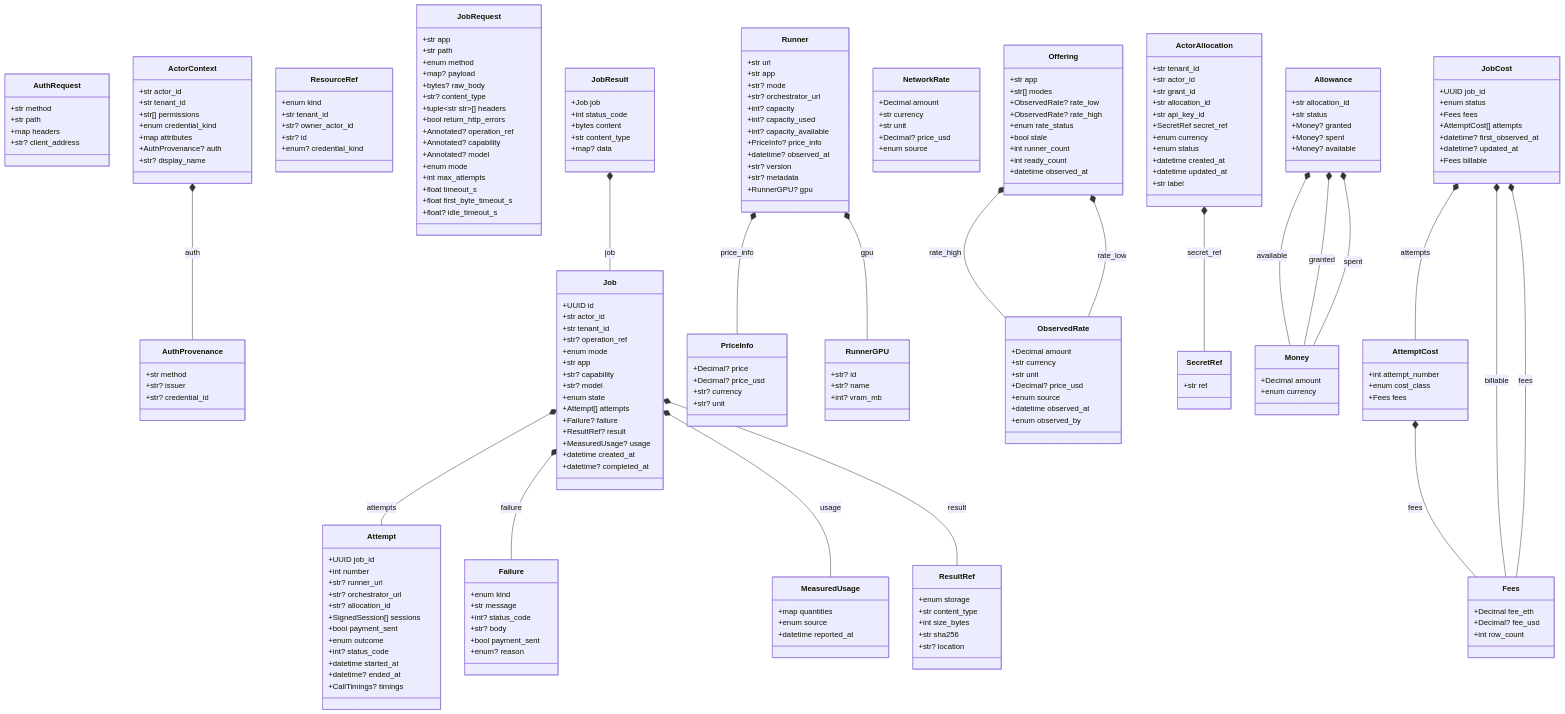
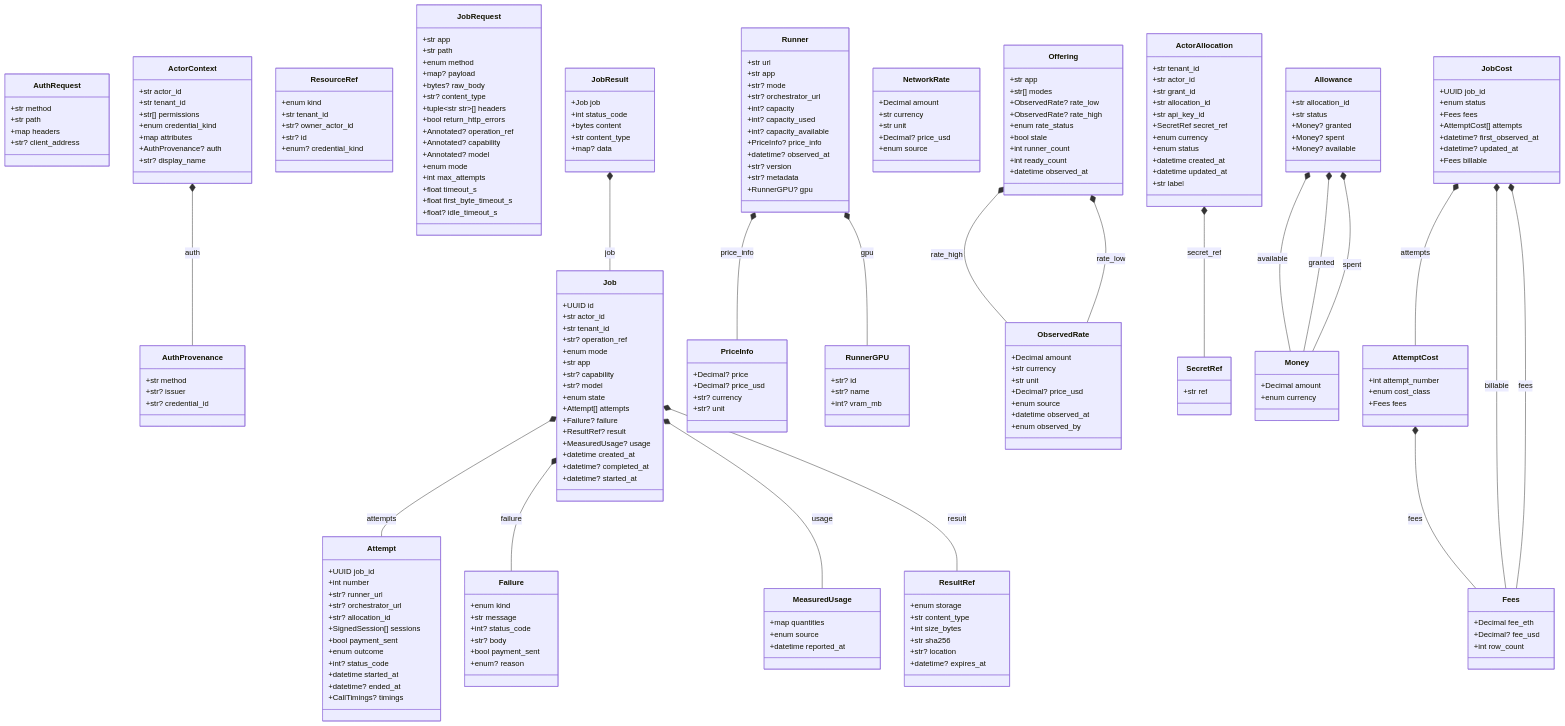
The diagram in docs/generated/contracts.md (NE-Build-Track/livepeer-builder-core), drawn with Mermaid before and after one commit. The commit also changed 62 other files, not shown here.

```diff
--- a/docs/generated/contracts.md
+++ b/docs/generated/contracts.md
@@ -67,6 +67,7 @@
         +MeasuredUsage? usage
         +datetime created_at
         +datetime? completed_at
+        +datetime? started_at
     }
     class Attempt {
         +UUID job_id
@@ -96,6 +97,7 @@
         +int size_bytes
         +str sha256
         +str? location
+        +datetime? expires_at
     }
     class MeasuredUsage {
         +map quantities
```
